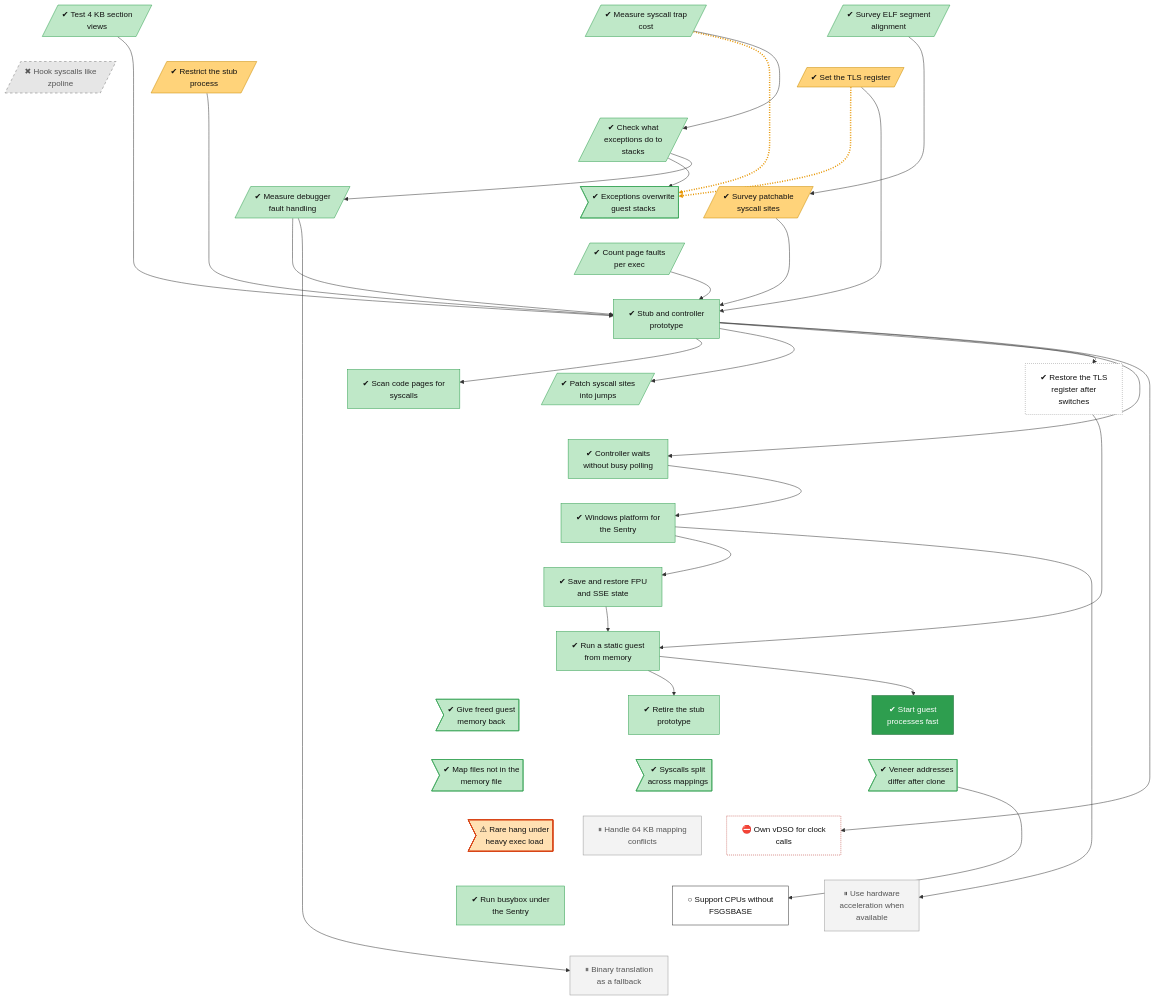
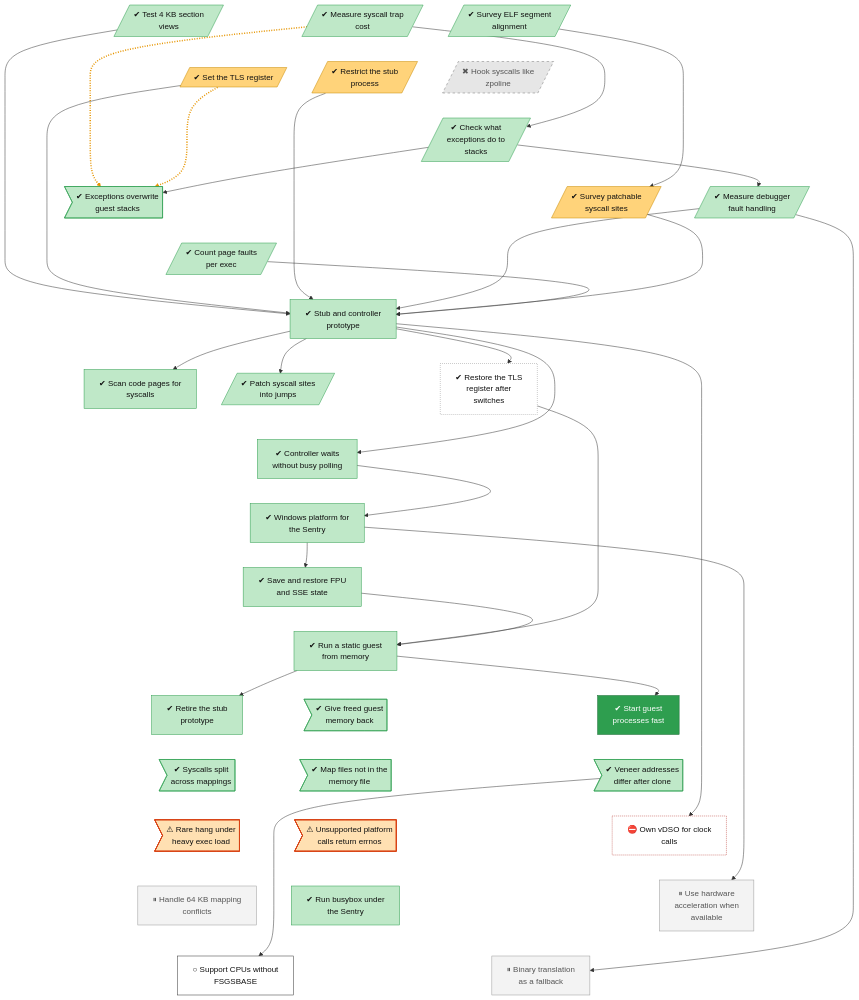
The diagram in docs/roadmap/tracks/platform.md (lhns/gvisor-windows), drawn with Mermaid before and after one commit. The commit also changed other lines of this file and 7 other files, not shown here.

```diff
--- a/docs/roadmap/tracks/platform.md
+++ b/docs/roadmap/tracks/platform.md
@@ -35,6 +35,7 @@
     platform_map_files_without_sections>"✔ Map files not in the<br/>memory file"]
     platform_veneer_address_in_child>"✔ Veneer addresses<br/>differ after clone"]
     platform_rare_hang_under_exec_load>"⚠ Rare hang under<br/>heavy exec load"]
+    platform_unsupported_errno>"⚠ Unsupported platform<br/>calls return errnos"]
     platform_own_vdso["⛔ Own vDSO for clock<br/>calls"]
     platform_64k_mapping_conflicts["⏸ Handle 64 KB mapping<br/>conflicts"]
     platform_busybox_on_windows["✔ Run busybox under<br/>the Sentry"]
@@ -70,14 +71,14 @@
     platform_memory_release ~~~ platform_map_files_without_sections
     platform_fast_process_start ~~~ platform_veneer_address_in_child
     platform_split_syscall_unpatched ~~~ platform_rare_hang_under_exec_load
-    platform_map_files_without_sections ~~~ platform_own_vdso
-    platform_veneer_address_in_child ~~~ platform_64k_mapping_conflicts
-    platform_rare_hang_under_exec_load ~~~ platform_busybox_on_windows
+    platform_map_files_without_sections ~~~ platform_unsupported_errno
+    platform_veneer_address_in_child ~~~ platform_own_vdso
+    platform_rare_hang_under_exec_load ~~~ platform_64k_mapping_conflicts
+    platform_unsupported_errno ~~~ platform_busybox_on_windows
     platform_own_vdso ~~~ platform_hardware_acceleration
     platform_64k_mapping_conflicts ~~~ platform_no_fsgsbase_fallback
     platform_busybox_on_windows ~~~ platform_binary_translation_fallback
     platform_hardware_acceleration ~~~ platform_binary_translation_fallback
-    platform_no_fsgsbase_fallback ~~~ platform_binary_translation_fallback
     platform_trap_cost -.-> platform_veh_on_guest_stack_unsafe
     platform_tls_register -.-> platform_veh_on_guest_stack_unsafe
     platform_trap_cost --> platform_exception_stack
@@ -124,7 +125,7 @@
     class platform_zpoline_hooks dead
     class platform_fs_base_repair unrated
     class platform_fast_process_start vsucc
-    class platform_rare_hang_under_exec_load finding
+    class platform_rare_hang_under_exec_load,platform_unsupported_errno finding
     class platform_own_vdso blocked
     class platform_64k_mapping_conflicts,platform_hardware_acceleration,platform_binary_translation_fallback parked
     class platform_no_fsgsbase_fallback next
```
